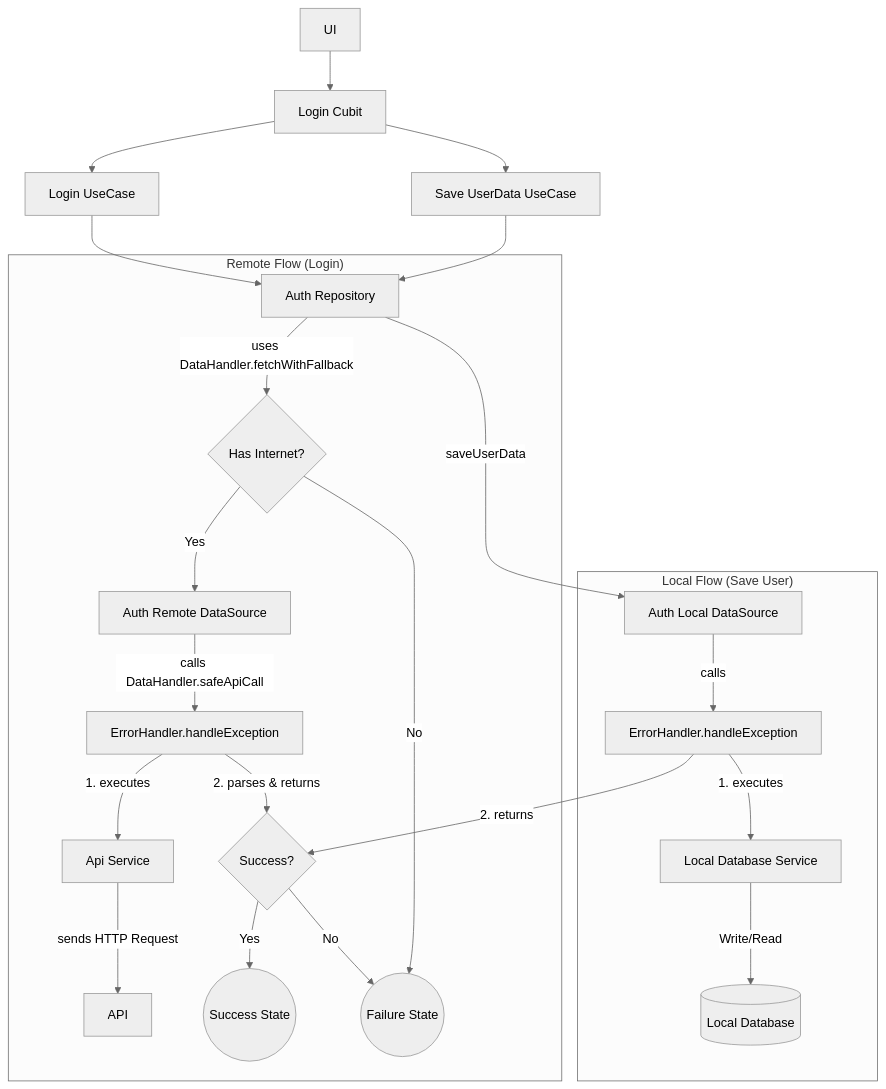
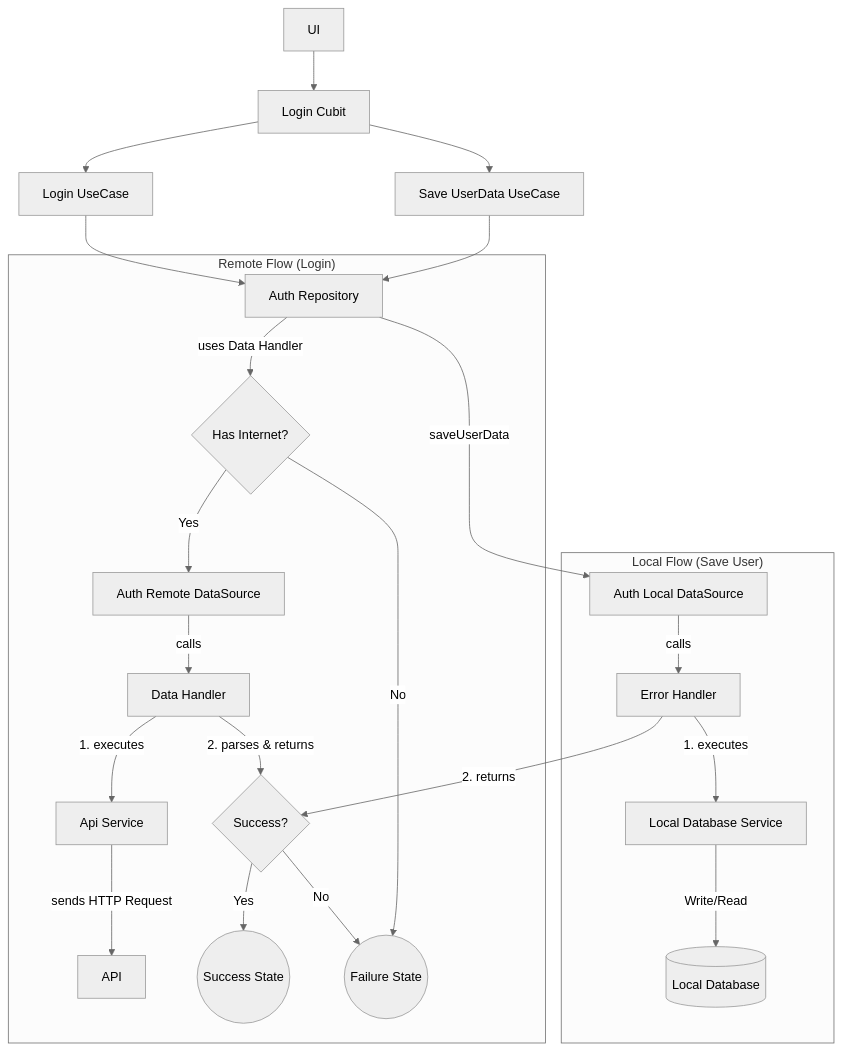
Before and after one commit to gaurishankar007/Flutter-Clean-Architecture: the third of 3 diagrams in README.md, drawn with Mermaid (neutral theme). The commit also changed other lines of this file, not shown here.

Commit message:
fix: API diagrams

````diff
--- a/README.md
+++ b/README.md
@@ -385,27 +386,27 @@
 ```mermaid
 flowchart TD
     A[UI] --> B[Login Cubit]
     B --> C[Login UseCase] & D[Save UserData UseCase]
     C --> E[Auth Repository]
     D --> E
 
     subgraph "Remote Flow (Login)"
-        E -- "uses DataHandler.fetchWithFallback" --> F{Has Internet?}
+        E -- "uses Data Handler" --> F{Has Internet?}
         F -- Yes --> G[Auth Remote DataSource]
-        G -- "calls DataHandler.safeApiCall" --> H[ErrorHandler.handleException]
+        G -- "calls" --> H[Data Handler]
         H -- "1. executes" --> I[Api Service]
         I -- "sends HTTP Request" --> J[API]
         H -- "2. parses & returns" --> K{Success?}
         K -- Yes --> L((Success State))
         K -- No --> M((Failure State))
         F -- No --> M
     end
 
     subgraph "Local Flow (Save User)"
         E -- saveUserData --> N[Auth Local DataSource]
-        N -- "calls" --> O[ErrorHandler.handleException]
+        N -- "calls" --> O[Error Handler]
         O -- "1. executes" --> P[Local Database Service]
         P -- "Write/Read" --> Q[(Local Database)]
         O -- "2. returns" --> K
     end
 ```
````
